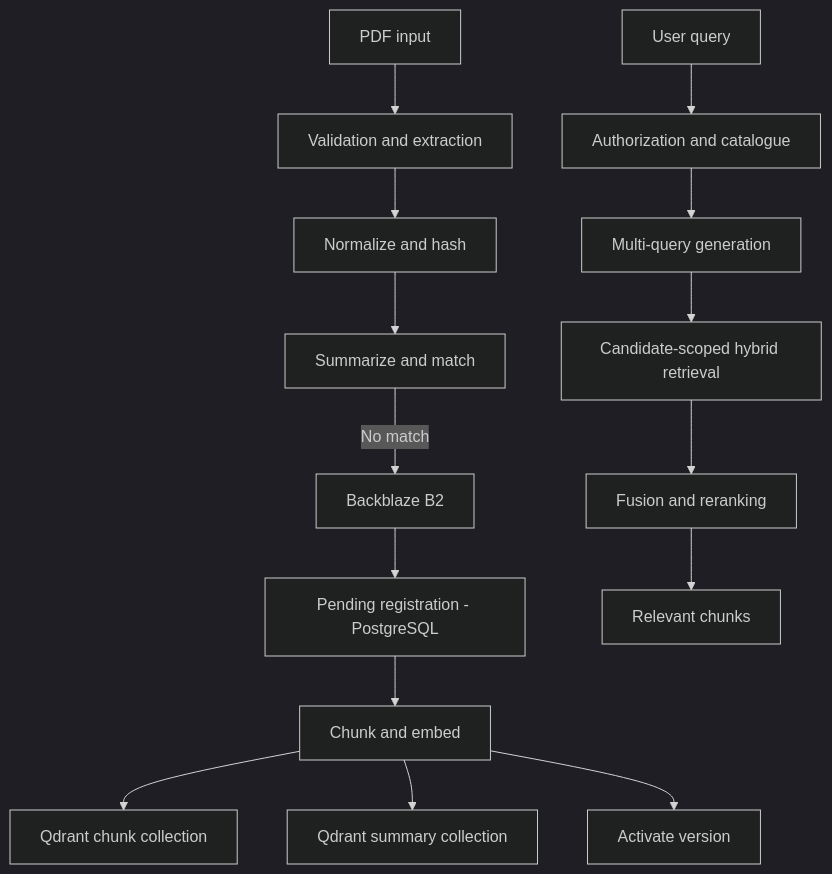
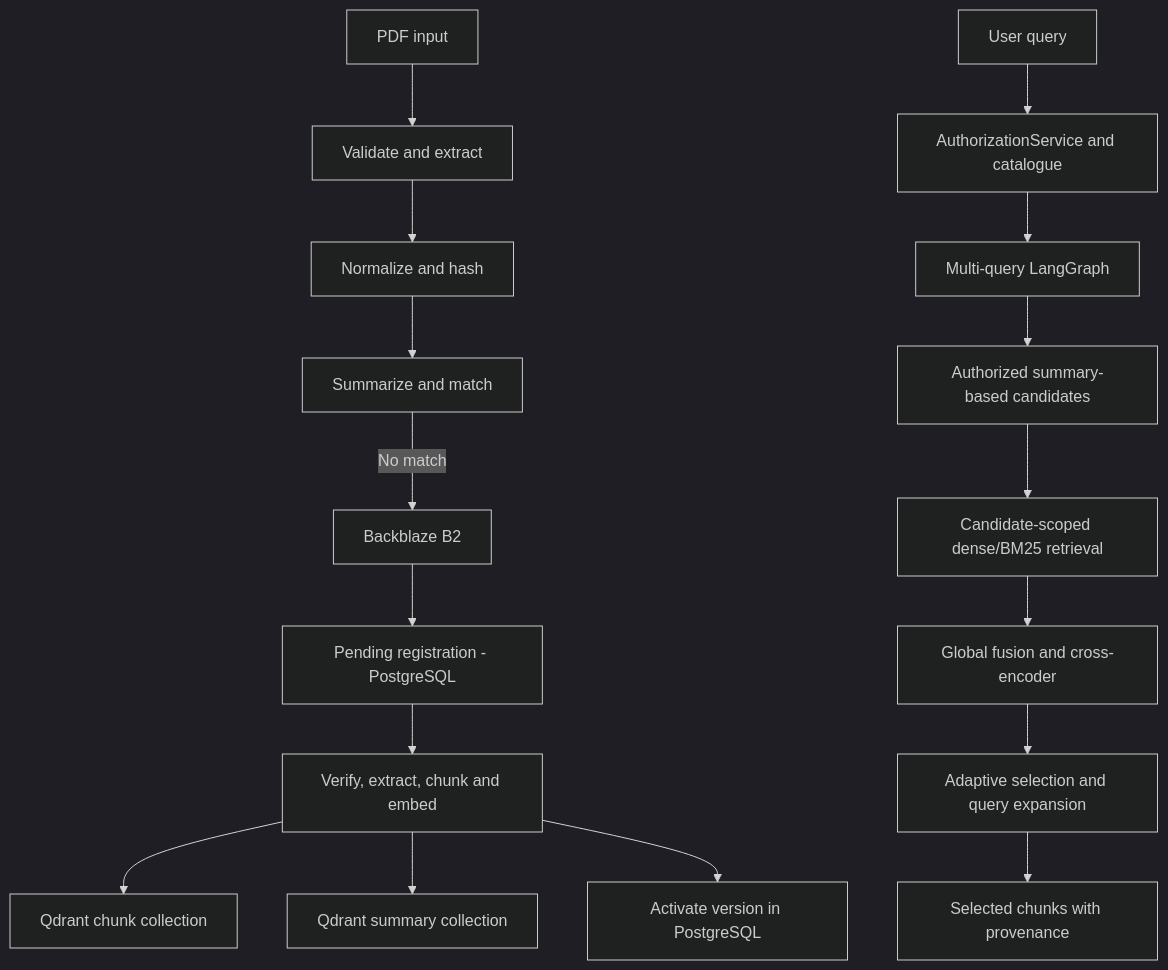
The diagram in docs/diagrams/system-architecture.md (aasifmiya11/SaviraCortex-v0.1-Backend), drawn with Mermaid (dark theme) before and after one commit. The commit also changed other lines of this file and 24 other files, not shown here.

````diff
--- a/docs/diagrams/system-architecture.md
+++ b/docs/diagrams/system-architecture.md
@@ -3,17 +3,19 @@
 ```mermaid
 flowchart TD
- PDF[PDF input] --> ING[Validation and extraction]
+ PDF[PDF input] --> ING[Validate and extract]
  ING --> NORM[Normalize and hash]
  NORM --> SUM[Summarize and match]
  SUM -->|No match| B2[Backblaze B2]
  B2 --> REG[Pending registration - PostgreSQL]
- REG --> IDX[Chunk and embed]
+ REG --> IDX[Verify, extract, chunk and embed]
  IDX --> QD[Qdrant chunk collection]
  IDX --> QS[Qdrant summary collection]
- IDX --> ACT[Activate version]
- USER[User query] --> AUTH[Authorization and catalogue]
- AUTH --> MQ[Multi-query generation]
- MQ --> RET[Candidate-scoped hybrid retrieval]
- RET --> FUSE[Fusion and reranking]
- FUSE --> OUT[Relevant chunks]
+ IDX --> ACT[Activate version in PostgreSQL]
+ USER[User query] --> AUTH[AuthorizationService and catalogue]
+ AUTH --> MQ[Multi-query LangGraph]
+ MQ --> CAND[Authorized summary-based candidates]
+ CAND --> RET[Candidate-scoped dense/BM25 retrieval]
+ RET --> FUSE[Global fusion and cross-encoder]
+ FUSE --> ADAPT[Adaptive selection and query expansion]
+ ADAPT --> OUT[Selected chunks with provenance]
 ```
````
